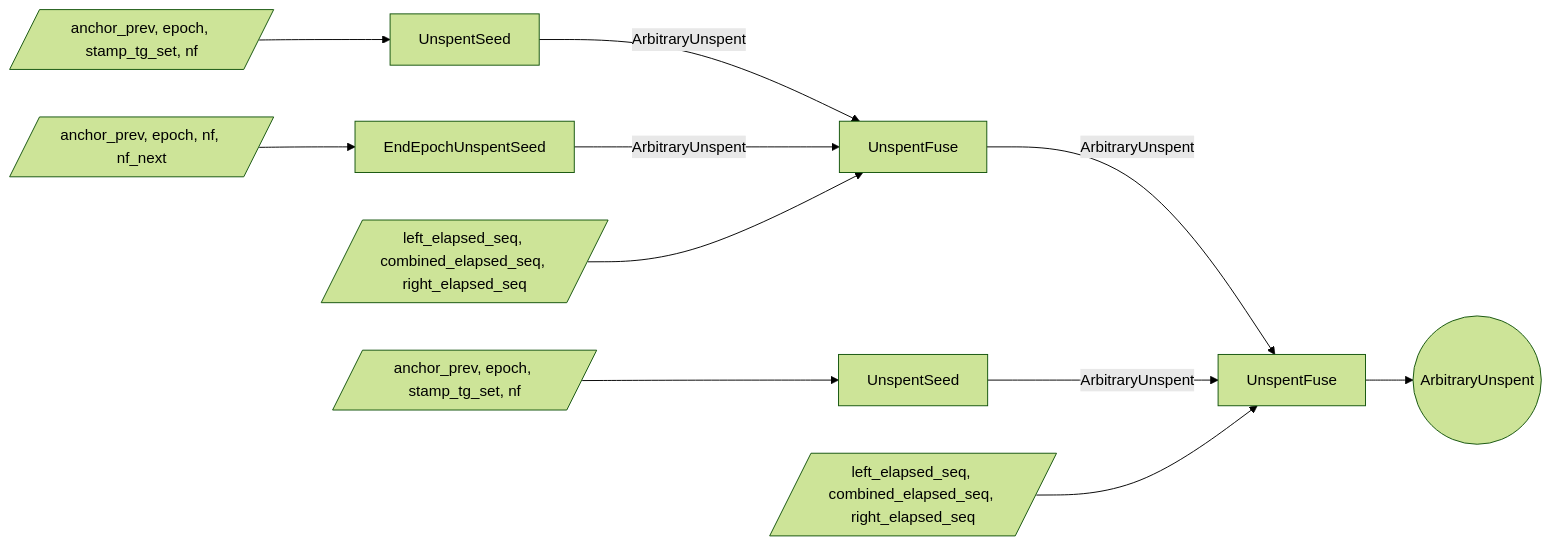
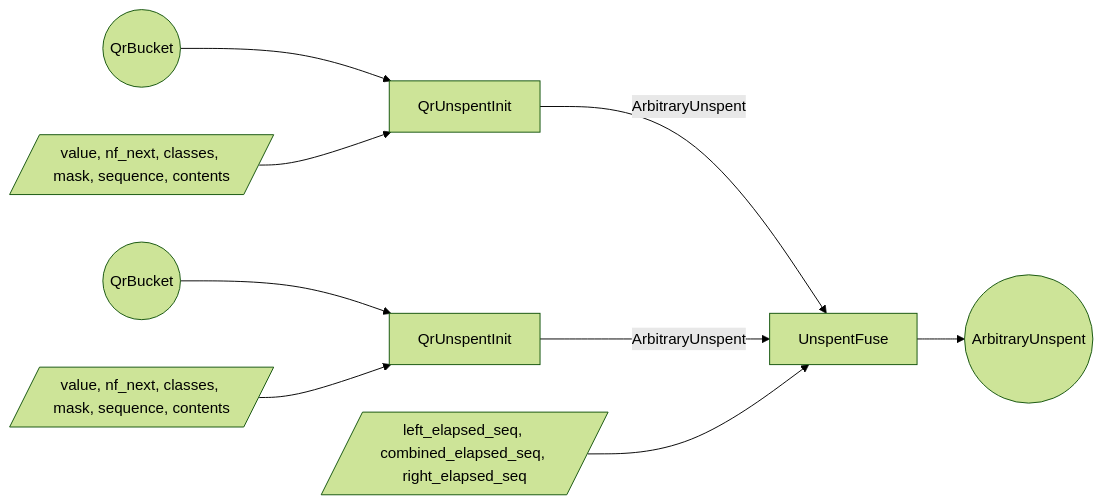
One commit to tachyon-zcash/tachyon changed the third of 3 diagrams in book/src/proof-tree.md. Above: the diagram before and after it, drawn with Mermaid (forest theme). The commit also changed other lines of this file and 16 other files, not shown here.

````diff
--- a/book/src/proof-tree.md
+++ b/book/src/proof-tree.md
@@ -398,25 +382,21 @@
 ```mermaid
 flowchart LR
-  w_seed[/anchor_prev, epoch, stamp_tg_set, nf/]
-  s_useed[UnspentSeed]
-  w_cross[/anchor_prev, epoch, nf, nf_next/]
-  s_cross[EndEpochUnspentSeed]
+  bucket_e((QrBucket))
+  w_init[/value, nf_next, classes, mask, sequence, contents/]
+  s_init[QrUnspentInit]
+  bucket_next((QrBucket))
+  w_next[/value, nf_next, classes, mask, sequence, contents/]
+  s_next[QrUnspentInit]
   w_ufuse[/left_elapsed_seq, combined_elapsed_seq, right_elapsed_seq/]
   s_ufuse[UnspentFuse]
-  w_next[/anchor_prev, epoch, stamp_tg_set, nf/]
-  s_unext[UnspentSeed]
-  w_ufuse2[/left_elapsed_seq, combined_elapsed_seq, right_elapsed_seq/]
-  s_ufuse2[UnspentFuse]
   unspent_out((ArbitraryUnspent))
 
-  w_seed --> s_useed
-  w_cross --> s_cross
-  w_next --> s_unext
-  s_useed -->|ArbitraryUnspent| s_ufuse
-  s_cross -->|ArbitraryUnspent| s_ufuse
+  bucket_e --> s_init
+  w_init --> s_init
+  bucket_next --> s_next
+  w_next --> s_next
+  s_init -->|ArbitraryUnspent| s_ufuse
+  s_next -->|ArbitraryUnspent| s_ufuse
   w_ufuse --> s_ufuse
-  s_ufuse -->|ArbitraryUnspent| s_ufuse2
-  s_unext -->|ArbitraryUnspent| s_ufuse2
-  w_ufuse2 --> s_ufuse2
-  s_ufuse2 --> unspent_out
+  s_ufuse --> unspent_out
 ```
````
